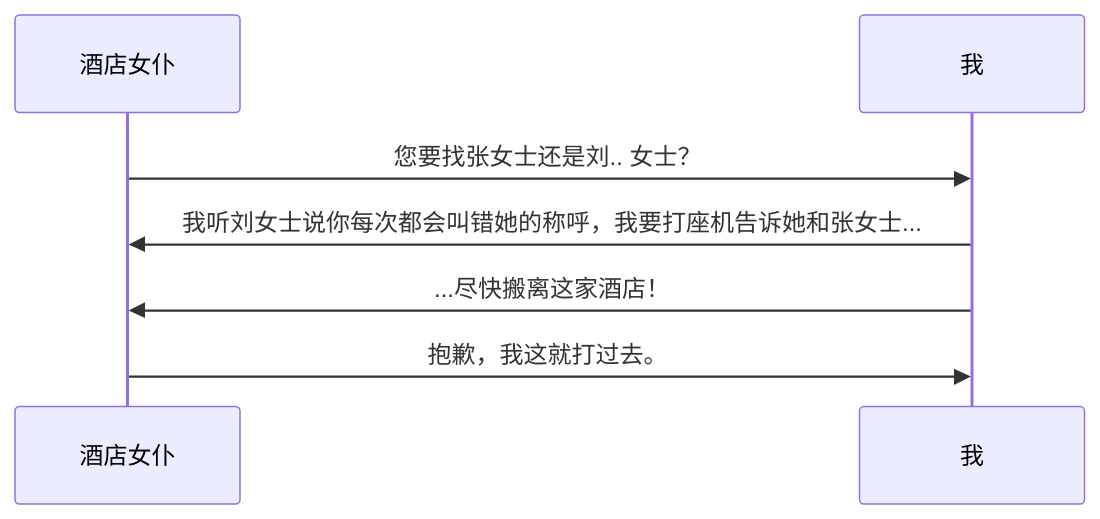
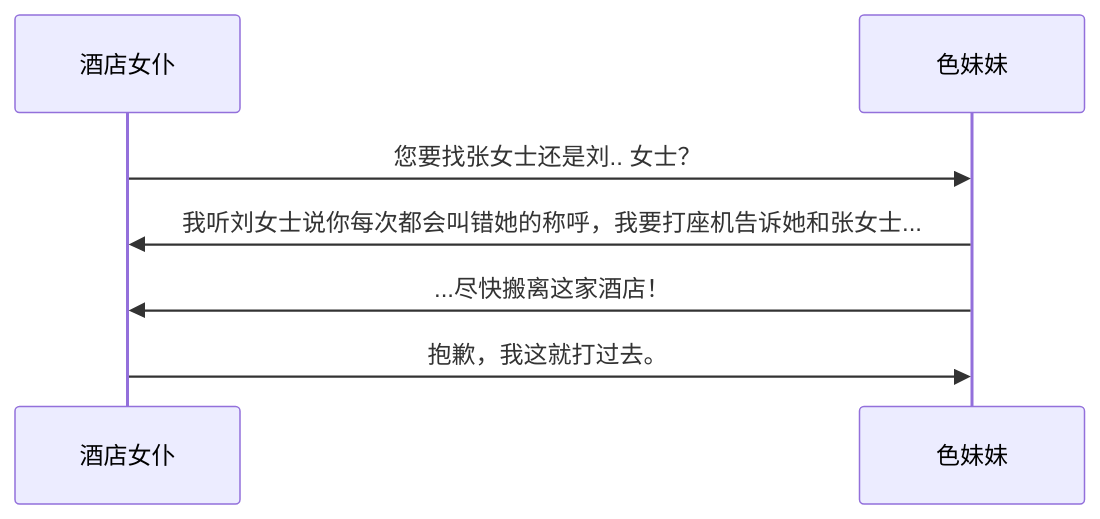
Diagram 15 of 27 in content/posts/the-comments-system.md (sb-child/sb-child), drawn with Mermaid before and after one commit. The commit also changed other lines of this file, not shown here.

````diff
--- a/content/posts/the-comments-system.md
+++ b/content/posts/the-comments-system.md
@@ -344,7 +344,7 @@
 ```mermaid
 sequenceDiagram
-    酒店女仆->>我: 您要找张女士还是刘.. 女士？
-    我->>酒店女仆: 我听刘女士说你每次都会叫错她的称呼，我要打座机告诉她和张女士...
-    我->>酒店女仆: ...尽快搬离这家酒店！
-    酒店女仆->>我: 抱歉，我这就打过去。
+    酒店女仆->>色妹妹: 您要找张女士还是刘.. 女士？
+    色妹妹->>酒店女仆: 我听刘女士说你每次都会叫错她的称呼，我要打座机告诉她和张女士...
+    色妹妹->>酒店女仆: ...尽快搬离这家酒店！
+    酒店女仆->>色妹妹: 抱歉，我这就打过去。
 ```
````
